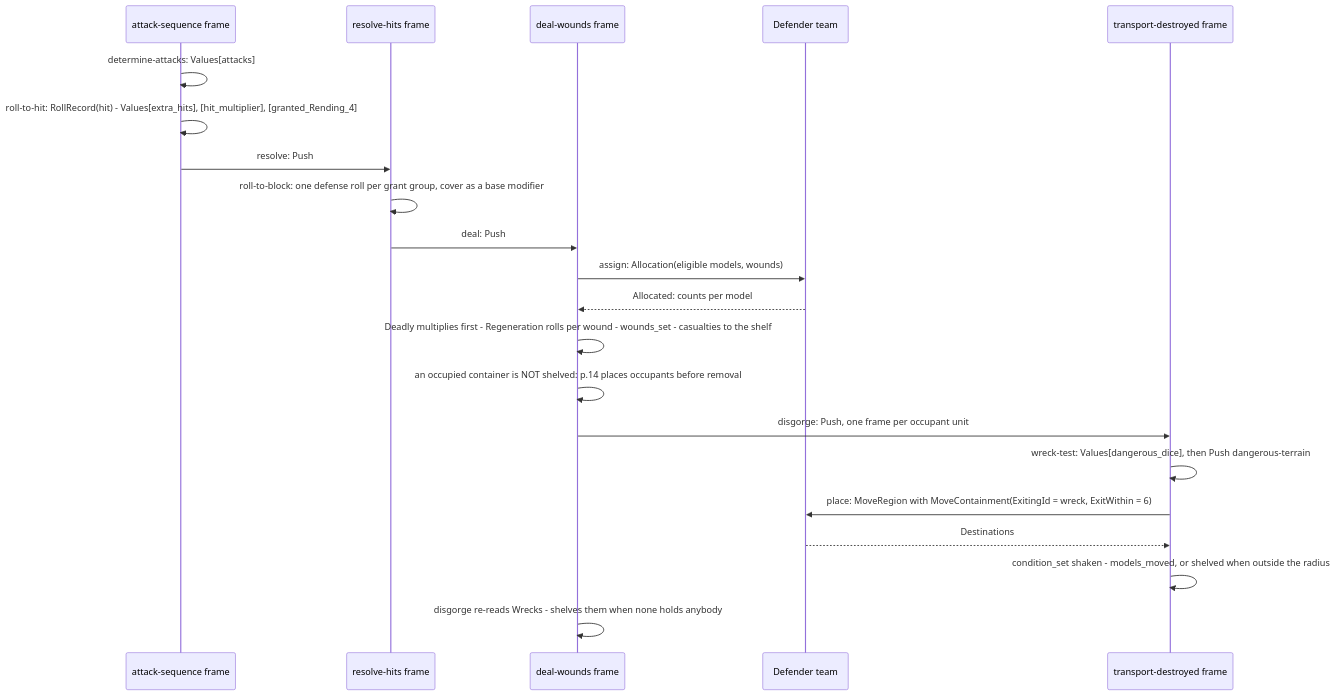
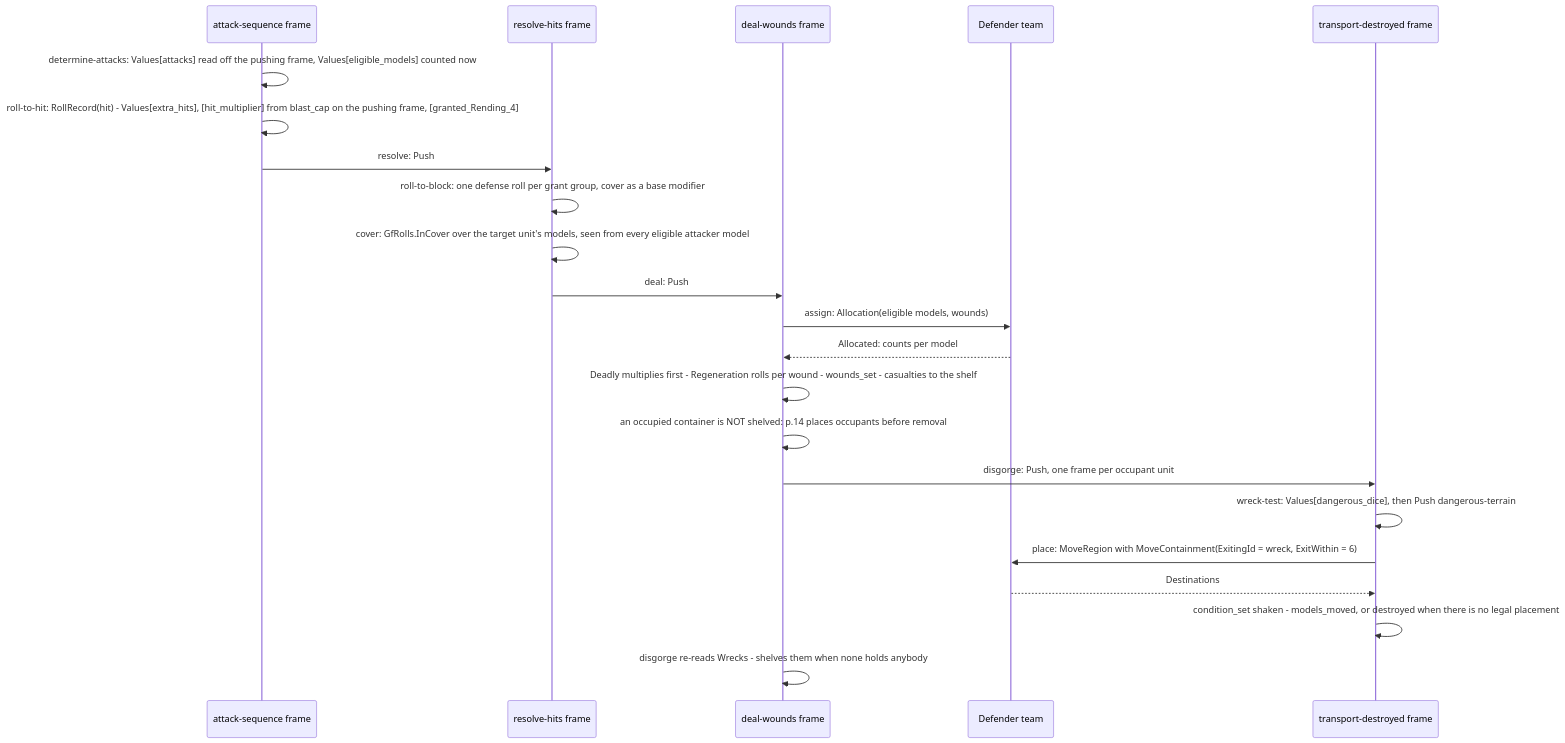
Diagram 11 of 11 in docs/design/interpreter/design.md (cstupi/tabletop), drawn with Mermaid before and after one commit. The commit also changed other lines of this file and 25 other files, not shown here.

````diff
--- a/docs/design/interpreter/design.md
+++ b/docs/design/interpreter/design.md
@@ -973,24 +1026,25 @@
 ```mermaid
 sequenceDiagram
     participant AS as attack-sequence frame
     participant RH as resolve-hits frame
     participant DW as deal-wounds frame
     participant Def as Defender team
     participant TD as transport-destroyed frame
 
-    AS->>AS: determine-attacks: Values[attacks]
-    AS->>AS: roll-to-hit: RollRecord(hit) - Values[extra_hits], [hit_multiplier], [granted_Rending_4]
+    AS->>AS: determine-attacks: Values[attacks] read off the pushing frame, Values[eligible_models] counted now
+    AS->>AS: roll-to-hit: RollRecord(hit) - Values[extra_hits], [hit_multiplier] from blast_cap on the pushing frame, [granted_Rending_4]
     AS->>RH: resolve: Push
     RH->>RH: roll-to-block: one defense roll per grant group, cover as a base modifier
+    RH->>RH: cover: GfRolls.InCover over the target unit's models, seen from every eligible attacker model
     RH->>DW: deal: Push
     DW->>Def: assign: Allocation(eligible models, wounds)
     Def-->>DW: Allocated: counts per model
     DW->>DW: Deadly multiplies first - Regeneration rolls per wound - wounds_set - casualties to the shelf
     DW->>DW: an occupied container is NOT shelved: p.14 places occupants before removal
     DW->>TD: disgorge: Push, one frame per occupant unit
     TD->>TD: wreck-test: Values[dangerous_dice], then Push dangerous-terrain
     TD->>Def: place: MoveRegion with MoveContainment(ExitingId = wreck, ExitWithin = 6)
     Def-->>TD: Destinations
-    TD->>TD: condition_set shaken - models_moved, or shelved when outside the radius
+    TD->>TD: condition_set shaken - models_moved, or destroyed when there is no legal placement
     DW->>DW: disgorge re-reads Wrecks - shelves them when none holds anybody
 ```
````
